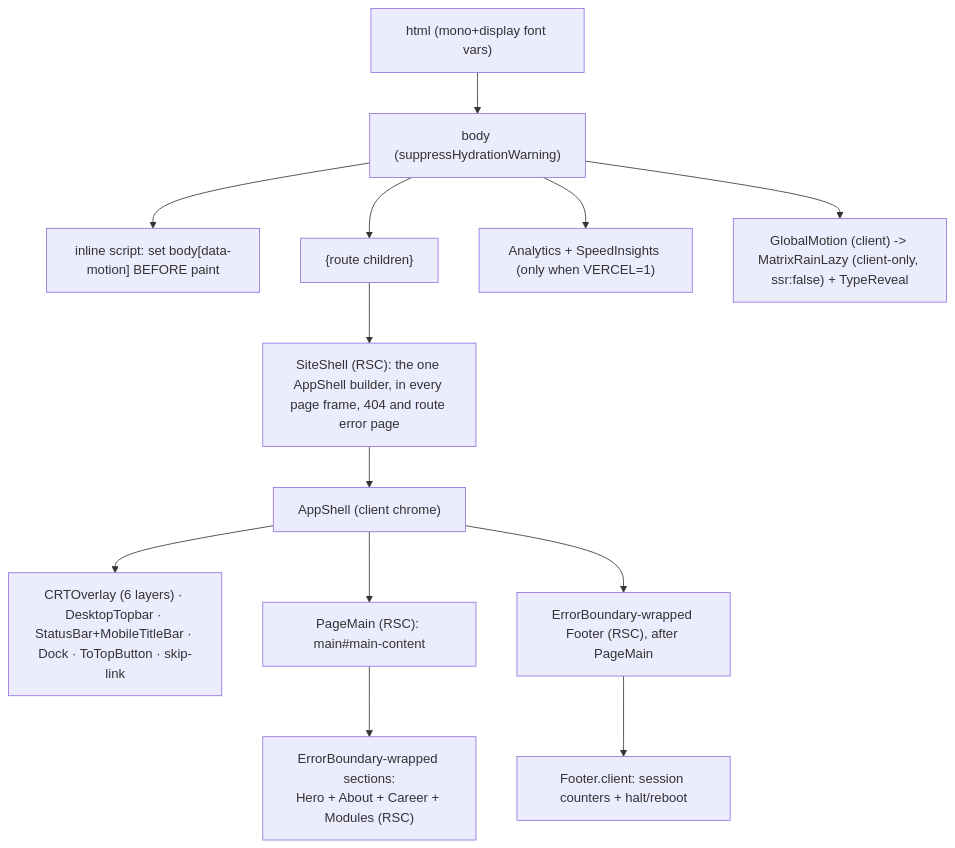
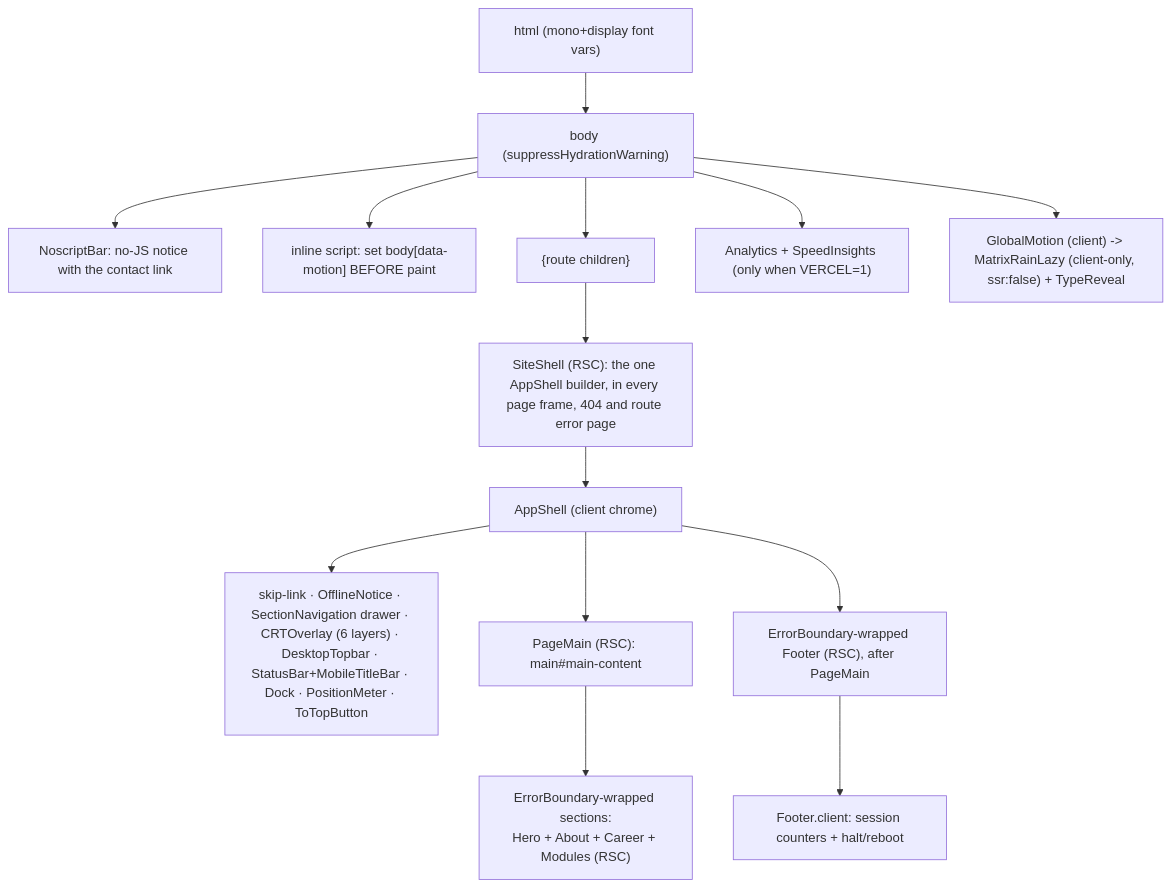
The second of 6 diagrams in docs/03-rendering-and-data-flow.md (erikunha/portfolio), drawn with Mermaid before and after one commit. The commit also changed other lines of this file and 50 other files, not shown here.

````diff
--- a/docs/03-rendering-and-data-flow.md
+++ b/docs/03-rendering-and-data-flow.md
@@ -63,15 +66,16 @@
 ```mermaid
 flowchart TD
     html["html (mono+display font vars)"] --> body["body (suppressHydrationWarning)"]
+    body --> noscript["NoscriptBar: no-JS notice with the contact link"]
     body --> boot["inline script: set body[data-motion] BEFORE paint"]
     body --> children["{route children}"]
     body --> rum["Analytics + SpeedInsights (only when VERCEL=1)"]
     body --> gm["GlobalMotion (client) -> MatrixRainLazy (client-only, ssr:false) + TypeReveal"]
     children --> siteshell["SiteShell (RSC): the one AppShell builder, in every page frame, 404 and route error page"]
     siteshell --> appshell["AppShell (client chrome)"]
-    appshell --> chrome["CRTOverlay (6 layers) · DesktopTopbar · StatusBar+MobileTitleBar · Dock · ToTopButton · skip-link"]
+    appshell --> chrome["skip-link · OfflineNotice · SectionNavigation drawer · CRTOverlay (6 layers) · DesktopTopbar · StatusBar+MobileTitleBar · Dock · PositionMeter · ToTopButton"]
     appshell --> main["PageMain (RSC): main#main-content"]
     main --> secs["ErrorBoundary-wrapped sections:<br/>Hero + About + Career + Modules (RSC)"]
     appshell --> footer["ErrorBoundary-wrapped Footer (RSC), after PageMain"]
     footer --> footerIslands["Footer.client: session counters + halt/reboot"]
 ```
````
